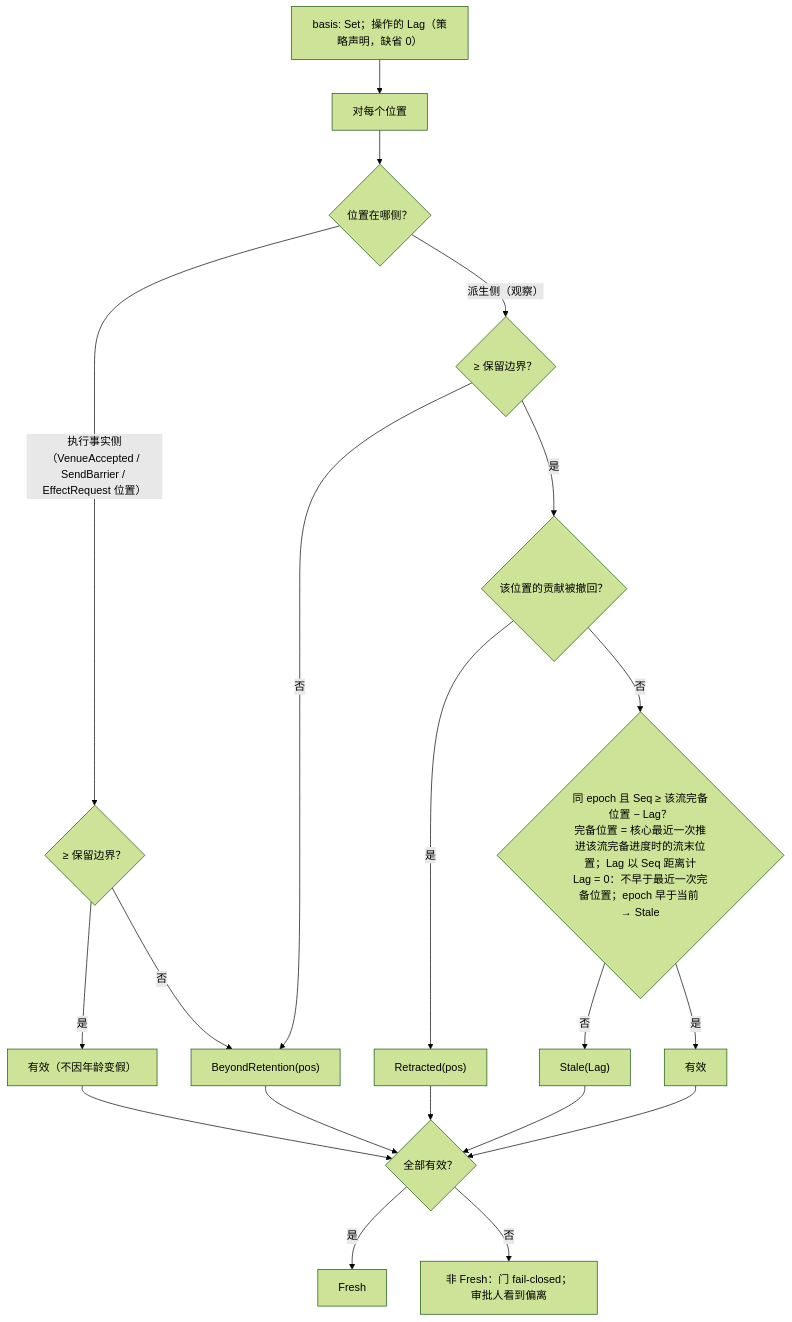
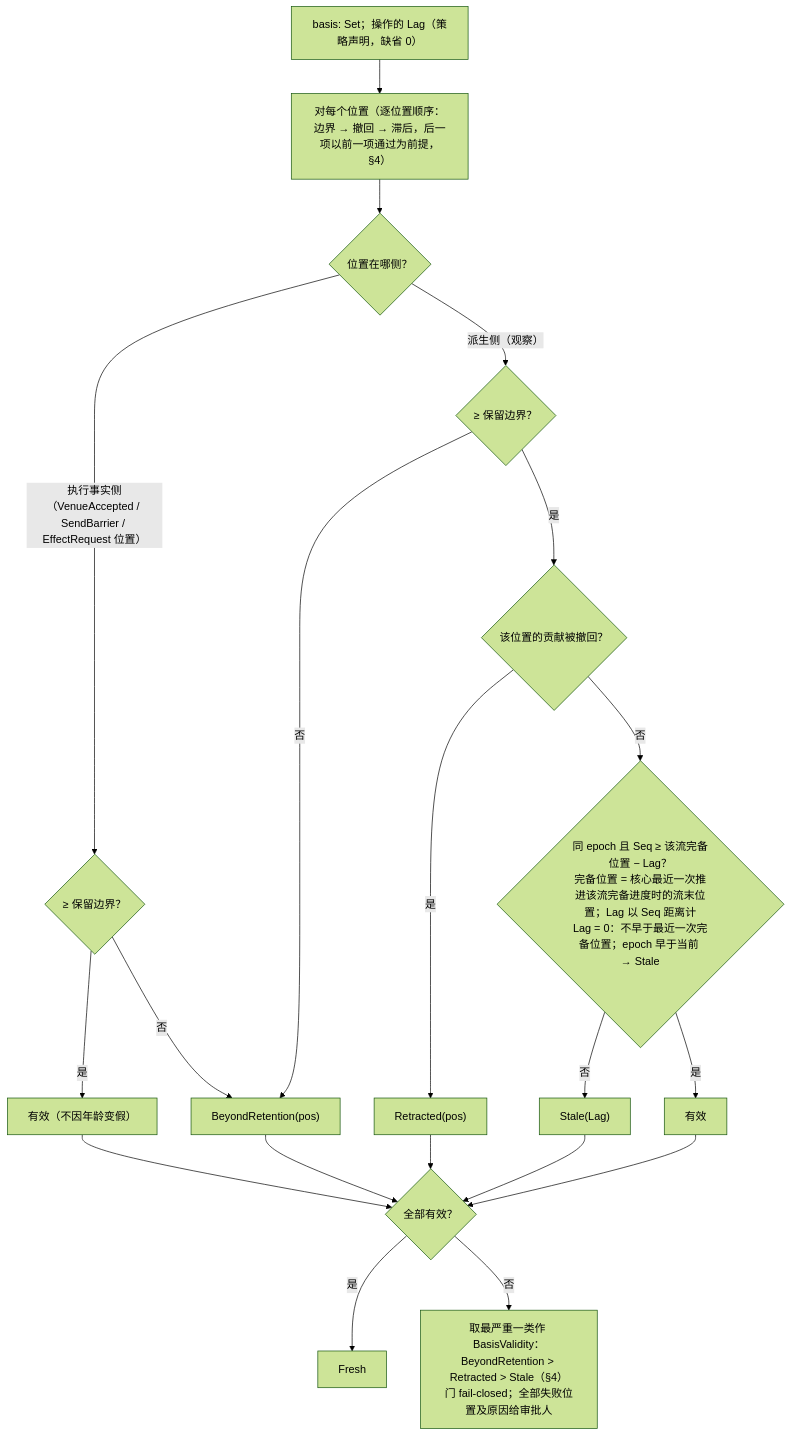
Before and after one commit to mouriya-s-lab/uta: the third of 3 diagrams in design/diagrams/08-retention-and-references.md, drawn with Mermaid (forest theme). The commit also changed other lines of this file and 10 other files, not shown here.

````diff
--- a/design/diagrams/08-retention-and-references.md
+++ b/design/diagrams/08-retention-and-references.md
@@ -69,23 +71,23 @@
 ```mermaid
 flowchart TB
   IN["basis: Set<LogPosition>；操作的 Lag（策略声明，缺省 0）"]
-  IN --> EACH["对每个位置"]
+  IN --> EACH["对每个位置（逐位置顺序：边界 → 撤回 → 滞后，后一项以前一项通过为前提，§4）"]
   EACH --> SIDE{"位置在哪侧？"}
   SIDE -->|"执行事实侧（VenueAccepted / SendBarrier / EffectRequest 位置）"| E1{"≥ 保留边界？"}
   E1 -->|"是"| EOK["有效（不因年龄变假）"]
   E1 -->|"否"| BR["BeyondRetention(pos)"]
   SIDE -->|"派生侧（观察）"| D1{"≥ 保留边界？"}
   D1 -->|"否"| BR
   D1 -->|"是"| D2{"该位置的贡献被撤回？"}
   D2 -->|"是"| RT["Retracted(pos)"]
   D2 -->|"否"| D3{"同 epoch 且 Seq ≥ 该流完备位置 − Lag？<br/>完备位置 = 核心最近一次推进该流完备进度时的流末位置；Lag 以 Seq 距离计<br/>Lag = 0：不早于最近一次完备位置；epoch 早于当前 → Stale"}
   D3 -->|"否"| ST["Stale(Lag)"]
   D3 -->|"是"| DOK["有效"]
   EOK --> AGG
   DOK --> AGG
   AGG{"全部有效？"} -->|"是"| FRESH["Fresh"]
-  AGG -->|"否"| NOT["非 Fresh：门 fail-closed；审批人看到偏离"]
+  AGG -->|"否"| NOT["取最严重一类作 BasisValidity：BeyondRetention > Retracted > Stale（§4）<br/>门 fail-closed；全部失败位置及原因给审批人"]
   BR --> AGG
   RT --> AGG
   ST --> AGG
 ```
````
